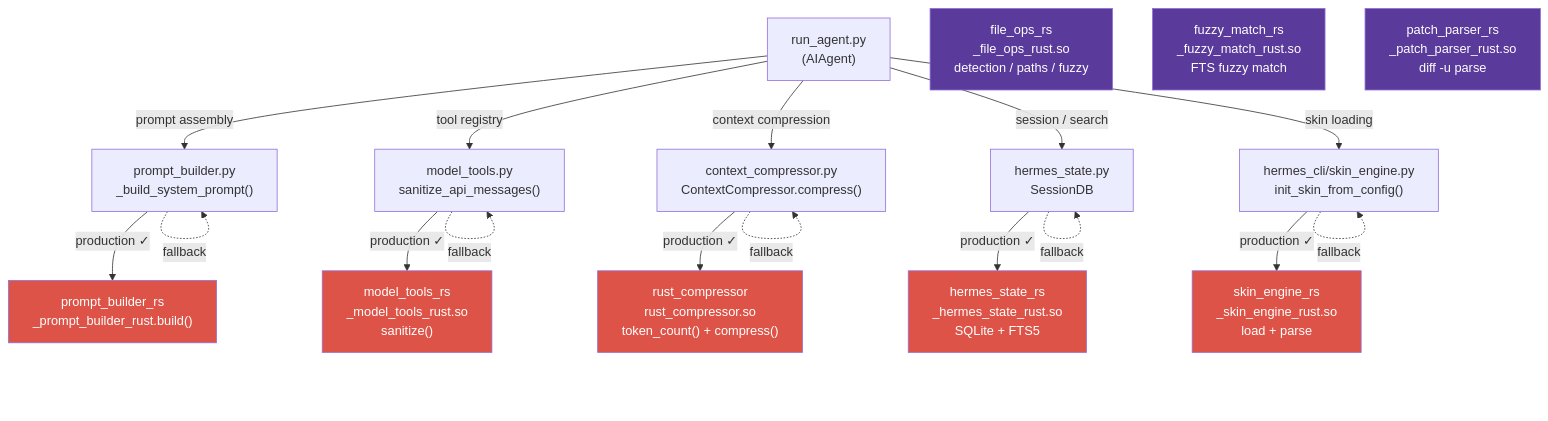
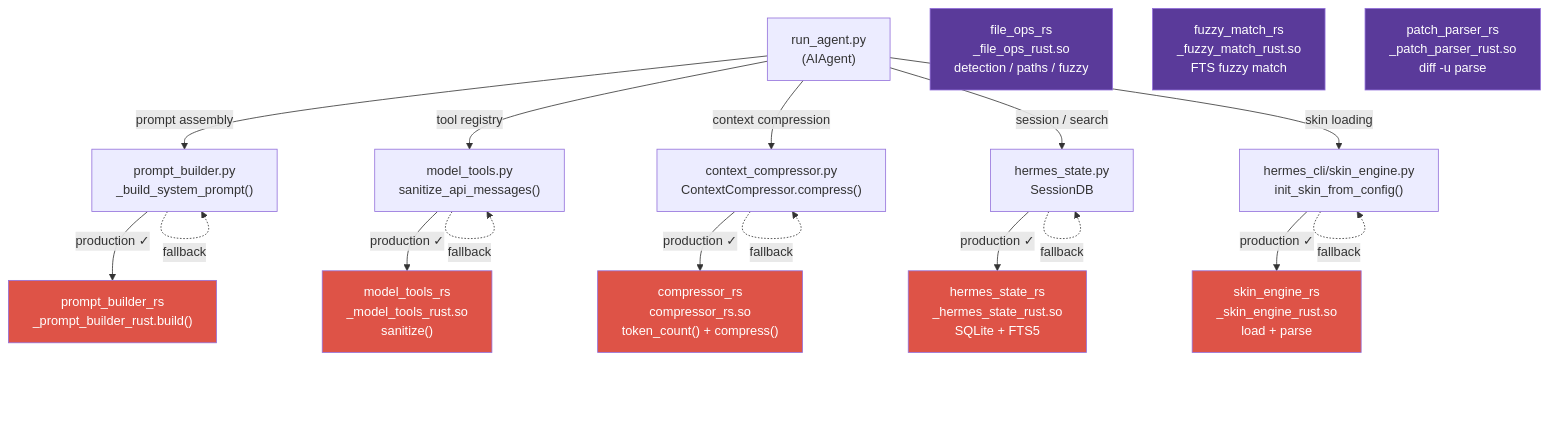
The diagram in README.md (agent-bob-the-builder/hermes-agent-ferris-fork), drawn with Mermaid before and after one commit. The commit also changed other lines of this file and 16 other files, not shown here.

````diff
--- a/README.md
+++ b/README.md
@@ -41,48 +41,48 @@
 ```mermaid
 graph TD
     RA["run_agent.py<br/>(AIAgent)"]
     PCP["prompt_builder.py<br/>_build_system_prompt()"]
     CCP["context_compressor.py<br/>ContextCompressor.compress()"]
     MTP["model_tools.py<br/>sanitize_api_messages()"]
     SST["hermes_state.py<br/>SessionDB"]
     SHE["hermes_cli/skin_engine.py<br/>init_skin_from_config()"]
 
     PB_RS["prompt_builder_rs<br/>_prompt_builder_rust.build()"]
-    CO_RS["rust_compressor<br/>rust_compressor.so<br/>token_count() + compress()"]
+    CO_RS["compressor_rs<br/>compressor_rs.so<br/>token_count() + compress()"]
     MT_RS["model_tools_rs<br/>_model_tools_rust.so<br/>sanitize()"]
     HS_RS["hermes_state_rs<br/>_hermes_state_rust.so<br/>SQLite + FTS5"]
     SK_RS["skin_engine_rs<br/>_skin_engine_rust.so<br/>load + parse"]
     FO_RS["file_ops_rs<br/>_file_ops_rust.so<br/>detection / paths / fuzzy"]
     FM_RS["fuzzy_match_rs<br/>_fuzzy_match_rust.so<br/>FTS fuzzy match"]
     PP_RS["patch_parser_rs<br/>_patch_parser_rust.so<br/>diff -u parse"]
 
     RA -->|"prompt assembly"| PCP
     RA -->|"tool registry"| MTP
     RA -->|"context compression"| CCP
     RA -->|"session / search"| SST
     RA -->|"skin loading"| SHE
 
     PCP -->|"production ✓"| PB_RS
     PCP -.->|"fallback"| PCP
 
     CCP -->|"production ✓"| CO_RS
     CCP -.->|"fallback"| CCP
 
     MTP -->|"production ✓"| MT_RS
     MTP -.->|"fallback"| MTP
 
     SST -->|"production ✓"| HS_RS
     SST -.->|"fallback"| SST
 
     SHE -->|"production ✓"| SK_RS
     SHE -.->|"fallback"| SHE
 
     style PB_RS fill:#de5347,color:#fff
     style CO_RS fill:#de5347,color:#fff
     style MT_RS fill:#de5347,color:#fff
     style HS_RS fill:#de5347,color:#fff
     style SK_RS fill:#de5347,color:#fff
     style FO_RS fill:#5a3a9a,color:#fff
     style FM_RS fill:#5a3a9a,color:#fff
     style PP_RS fill:#5a3a9a,color:#fff
 ```
````
